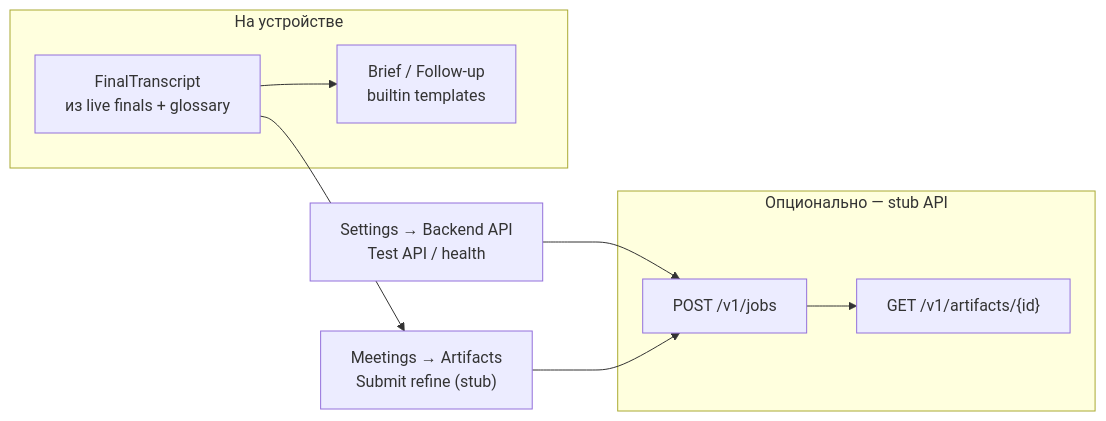
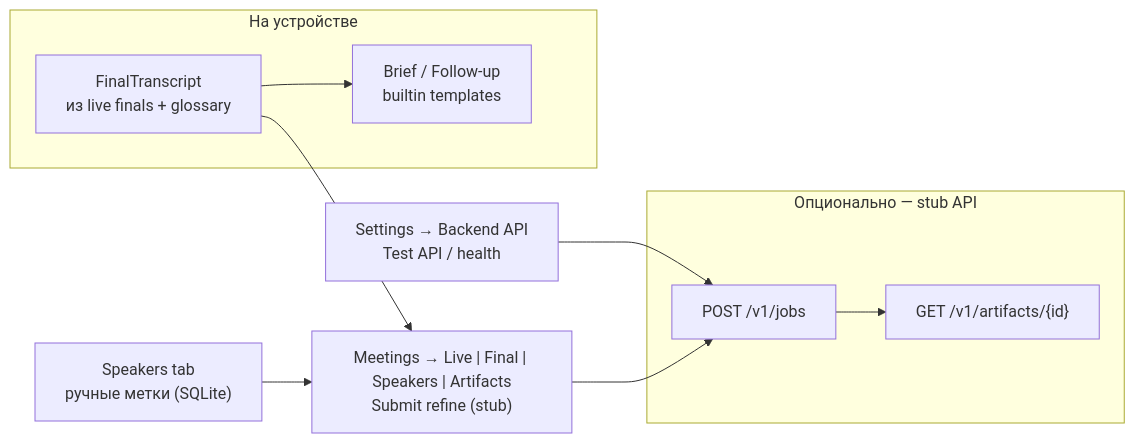
Before and after one commit to Vitvitsky/meetingraft: the third of 3 diagrams in docs/architecture-and-install.md, drawn with Mermaid. The commit also changed other lines of this file and 2 other files, not shown here.

Commit message:
docs: Speakers skeleton в backlog/roadmap/install

````diff
--- a/docs/architecture-and-install.md
+++ b/docs/architecture-and-install.md
@@ -83,18 +84,19 @@
 ```mermaid
 flowchart LR
   subgraph local["На устройстве"]
     Final["FinalTranscript\nиз live finals + glossary"]
     Art["Brief / Follow-up\nbuiltin templates"]
     Final --> Art
   end
 
   subgraph optional["Опционально — stub API"]
     Jobs["POST /v1/jobs"]
     Artifacts["GET /v1/artifacts/{id}"]
     Jobs --> Artifacts
   end
 
   Settings["Settings → Backend API\nTest API / health"] --> Jobs
-  Meetings["Meetings → Artifacts\nSubmit refine (stub)"] --> Jobs
+  Meetings["Meetings → Live | Final | Speakers | Artifacts\nSubmit refine (stub)"] --> Jobs
   Final --> Meetings
+  Speakers["Speakers tab\nручные метки (SQLite)"] --> Meetings
 ```
````
